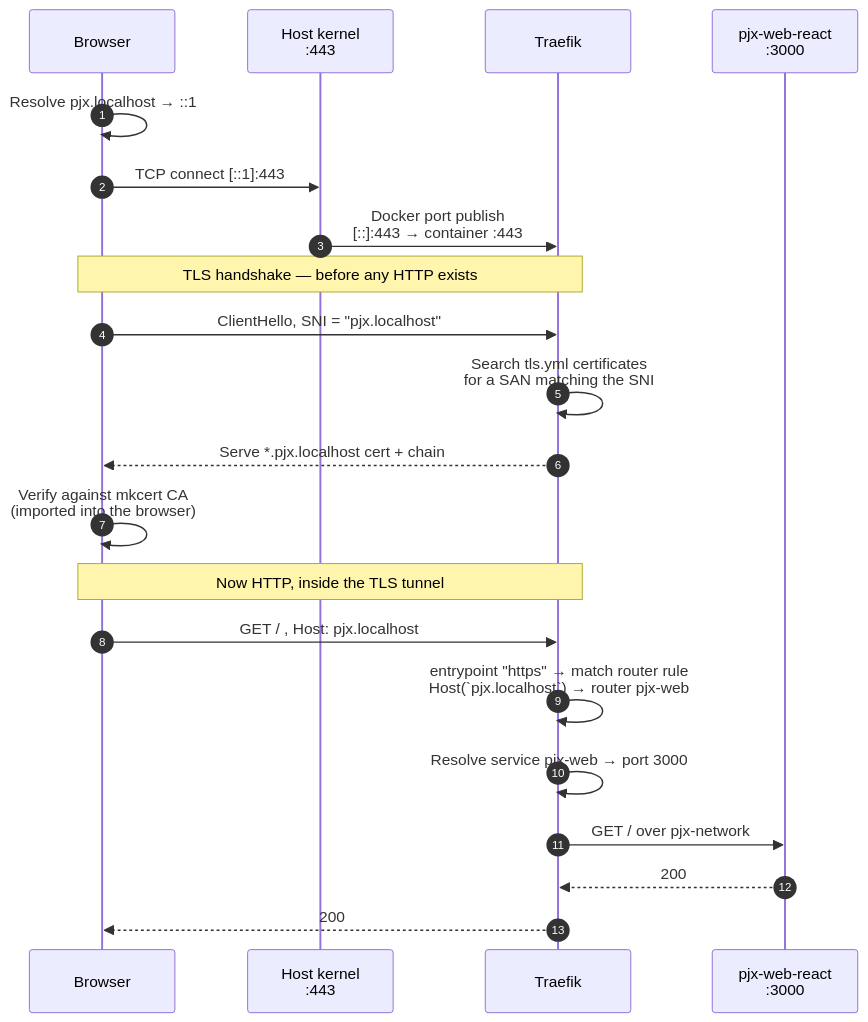
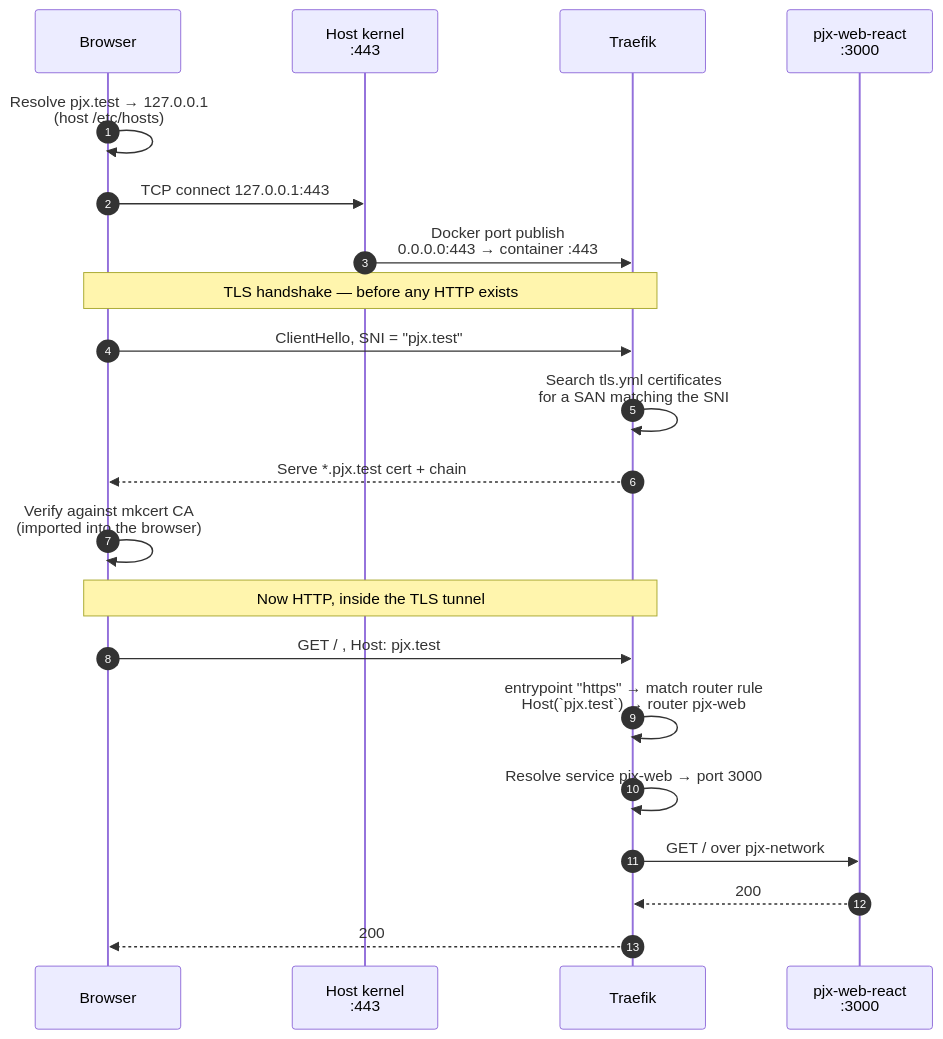
Before and after one commit to mikelau13/pjx-root: the fourth of 6 diagrams in docs/reference/request-flow.md, drawn with Mermaid. The commit also changed other lines of this file and 9 other files, not shown here.

First line of the commit message:
docs: switch dev hostnames to .test, document the .localhost trap

````diff
--- a/docs/reference/request-flow.md
+++ b/docs/reference/request-flow.md
@@ -111,26 +130,26 @@
 ```mermaid
 sequenceDiagram
     autonumber
     participant B as Browser
     participant K as Host kernel<br/>:443
     participant T as Traefik
     participant C as pjx-web-react<br/>:3000
 
-    B->>B: Resolve pjx.localhost → ::1
-    B->>K: TCP connect [::1]:443
-    K->>T: Docker port publish<br/>[::]:443 → container :443
+    B->>B: Resolve pjx.test → 127.0.0.1<br/>(host /etc/hosts)
+    B->>K: TCP connect 127.0.0.1:443
+    K->>T: Docker port publish<br/>0.0.0.0:443 → container :443
 
     Note over B,T: TLS handshake — before any HTTP exists
-    B->>T: ClientHello, SNI = "pjx.localhost"
+    B->>T: ClientHello, SNI = "pjx.test"
     T->>T: Search tls.yml certificates<br/>for a SAN matching the SNI
-    T-->>B: Serve *.pjx.localhost cert + chain
+    T-->>B: Serve *.pjx.test cert + chain
     B->>B: Verify against mkcert CA<br/>(imported into the browser)
 
     Note over B,T: Now HTTP, inside the TLS tunnel
-    B->>T: GET / , Host: pjx.localhost
-    T->>T: entrypoint "https" → match router rule<br/>Host(`pjx.localhost`) → router pjx-web
+    B->>T: GET / , Host: pjx.test
+    T->>T: entrypoint "https" → match router rule<br/>Host(`pjx.test`) → router pjx-web
     T->>T: Resolve service pjx-web → port 3000
     T->>C: GET / over pjx-network
     C-->>T: 200
     T-->>B: 200
 ```
````
